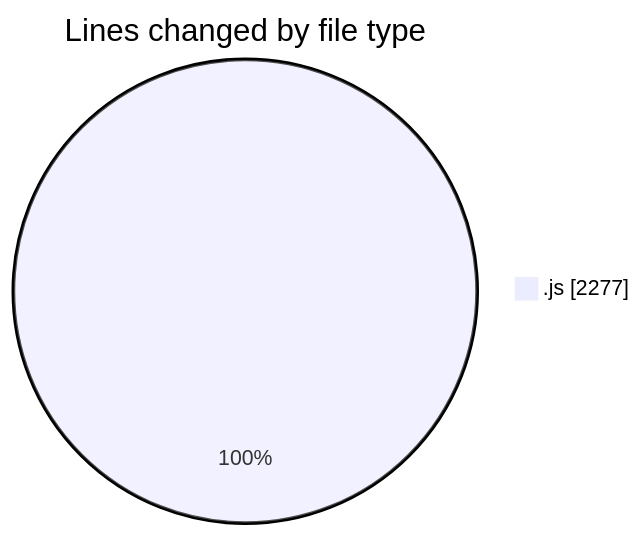
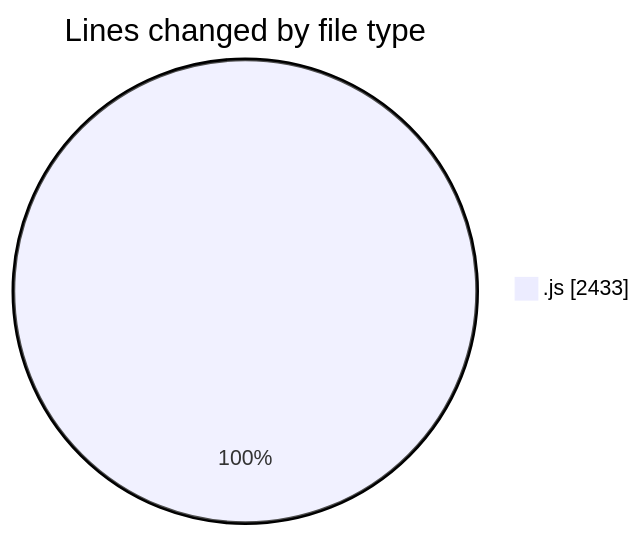
One commit to nxtqubesakshisongat/code-tracking changed the first of 2 diagrams in 2025-10-15/nxtqube_webapp/README.md. Above: the diagram before and after it, drawn with Mermaid. The commit also changed other lines of this file and 1 other file, not shown here.

````diff
--- a/2025-10-15/nxtqube_webapp/README.md
+++ b/2025-10-15/nxtqube_webapp/README.md
@@ -20,5 +20,5 @@
 ```mermaid
 pie showData
 title Lines changed by file type
-".js" : 2277
+".js" : 2433
 ```
````
